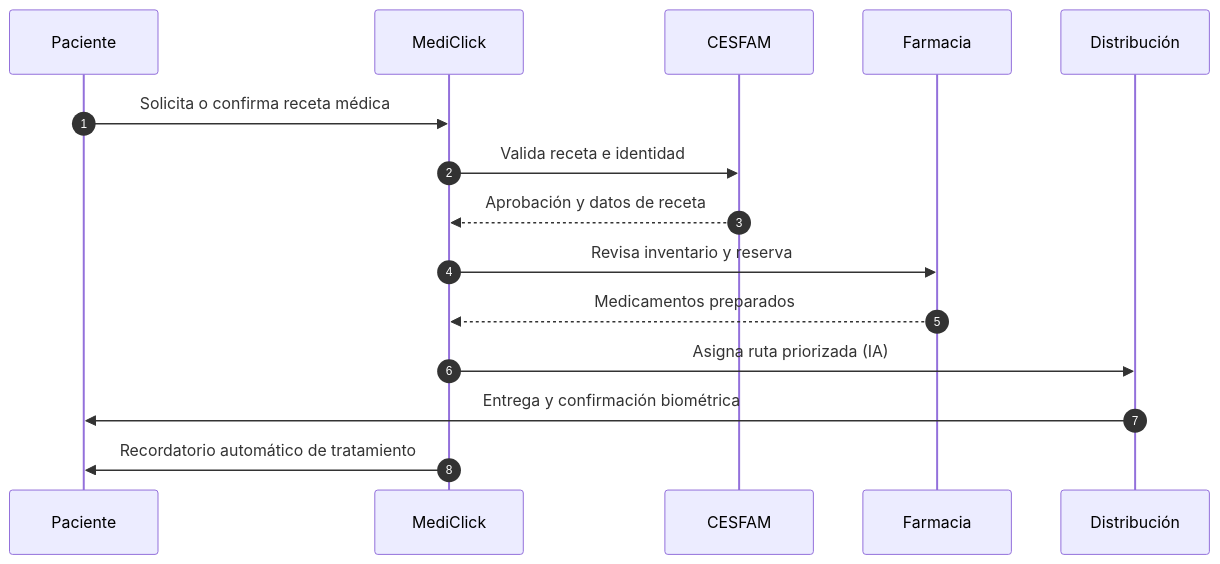
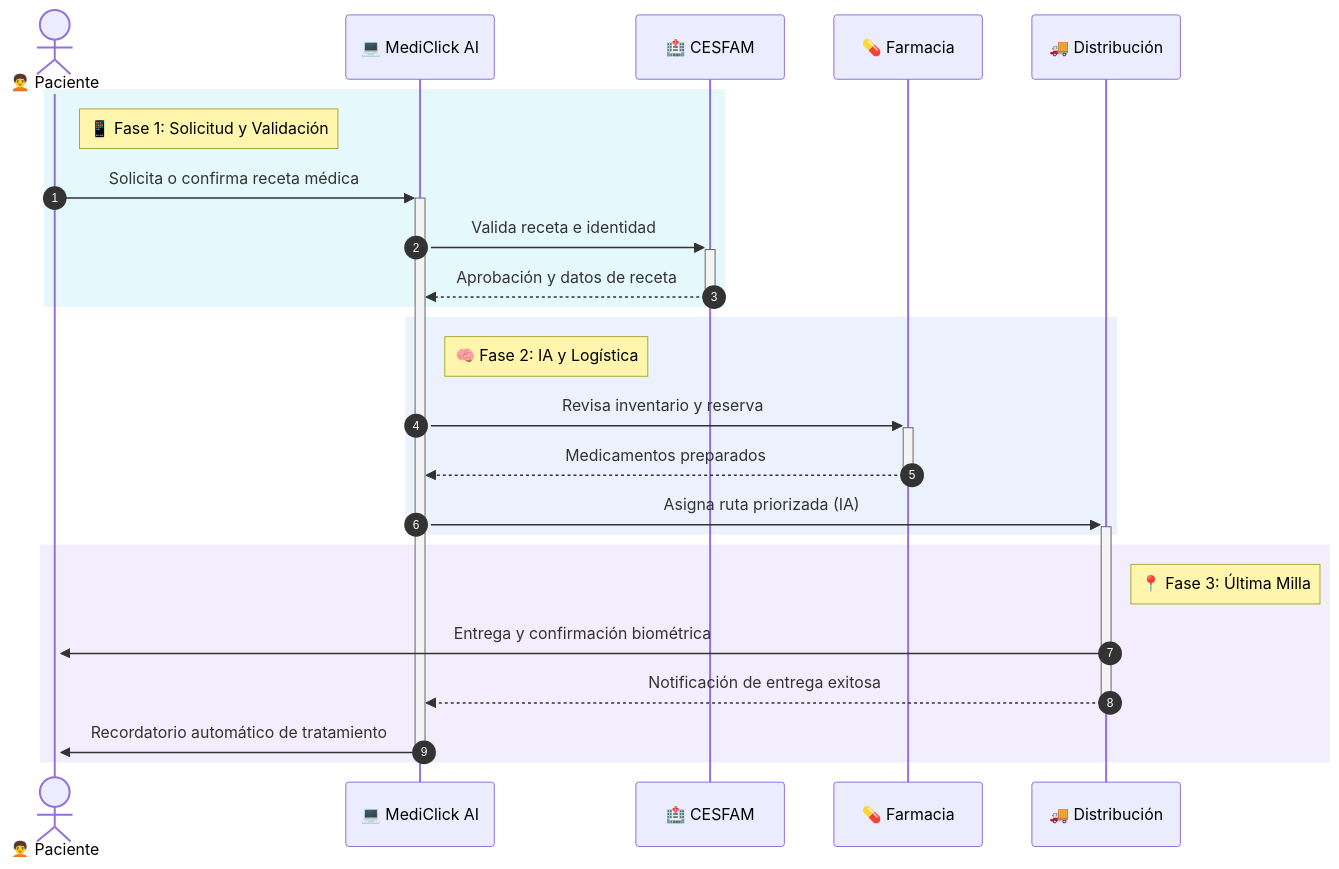
The diagram in slides.md (bastiovallecl/MediClick-presentation-ev3), drawn with Mermaid before and after one commit. The commit also changed other lines of this file and 3 other files, not shown here.

Commit message:
Update presentation visuals, new logo and professional diagram

````diff
--- a/slides.md
+++ b/slides.md
@@ -155,18 +155,31 @@
 ```mermaid
 sequenceDiagram
     autonumber
-    participant Paciente
-    participant MediClick
-    participant CESFAM
-    participant Farmacia
-    participant Distribución
+    
+    actor Paciente as 🧑‍🦱 Paciente
+    participant MediClick as 💻 MediClick AI
+    participant CESFAM as 🏥 CESFAM
+    participant Farmacia as 💊 Farmacia
+    participant Distrib as 🚚 Distribución
 
-    Paciente->>MediClick: Solicita o confirma receta médica
-    MediClick->>CESFAM: Valida receta e identidad
-    CESFAM-->>MediClick: Aprobación y datos de receta
-    MediClick->>Farmacia: Revisa inventario y reserva
-    Farmacia-->>MediClick: Medicamentos preparados
-    MediClick->>Distribución: Asigna ruta priorizada (IA)
-    Distribución->>Paciente: Entrega y confirmación biométrica
-    MediClick->>Paciente: Recordatorio automático de tratamiento
+    rect rgba(6, 182, 212, 0.1)
+    note right of Paciente: 📱 Fase 1: Solicitud y Validación
+    Paciente->>+MediClick: Solicita o confirma receta médica
+    MediClick->>+CESFAM: Valida receta e identidad
+    CESFAM-->>-MediClick: Aprobación y datos de receta
+    end
+
+    rect rgba(59, 130, 246, 0.1)
+    note right of MediClick: 🧠 Fase 2: IA y Logística
+    MediClick->>+Farmacia: Revisa inventario y reserva
+    Farmacia-->>-MediClick: Medicamentos preparados
+    MediClick->>+Distrib: Asigna ruta priorizada (IA)
+    end
+    
+    rect rgba(139, 92, 246, 0.1)
+    note right of Distrib: 📍 Fase 3: Última Milla
+    Distrib->>+Paciente: Entrega y confirmación biométrica
+    Distrib-->>-MediClick: Notificación de entrega exitosa
+    MediClick->>-Paciente: Recordatorio automático de tratamiento
+    end
 ```
````
